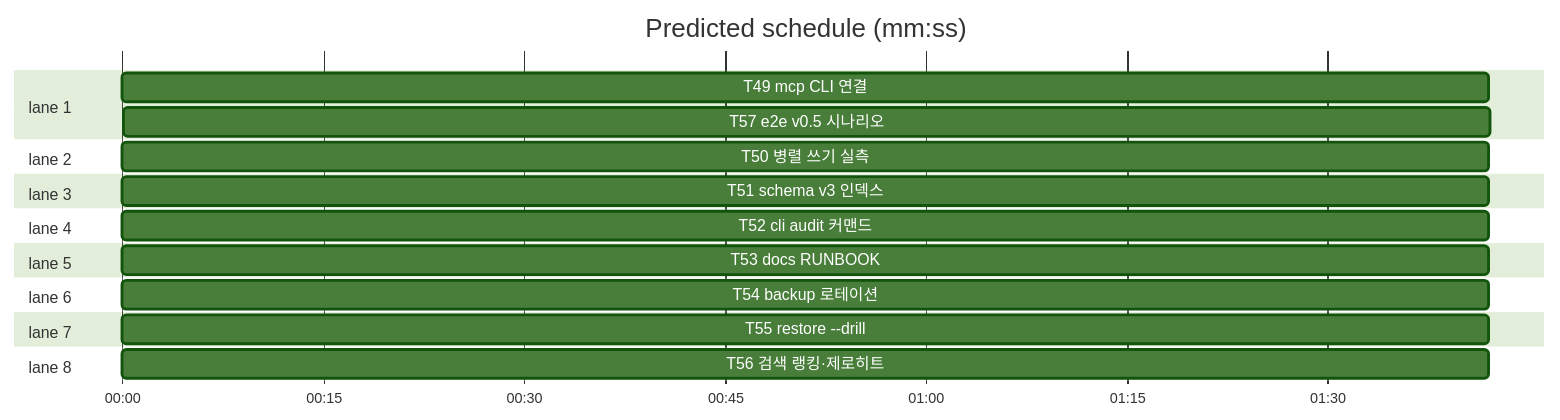
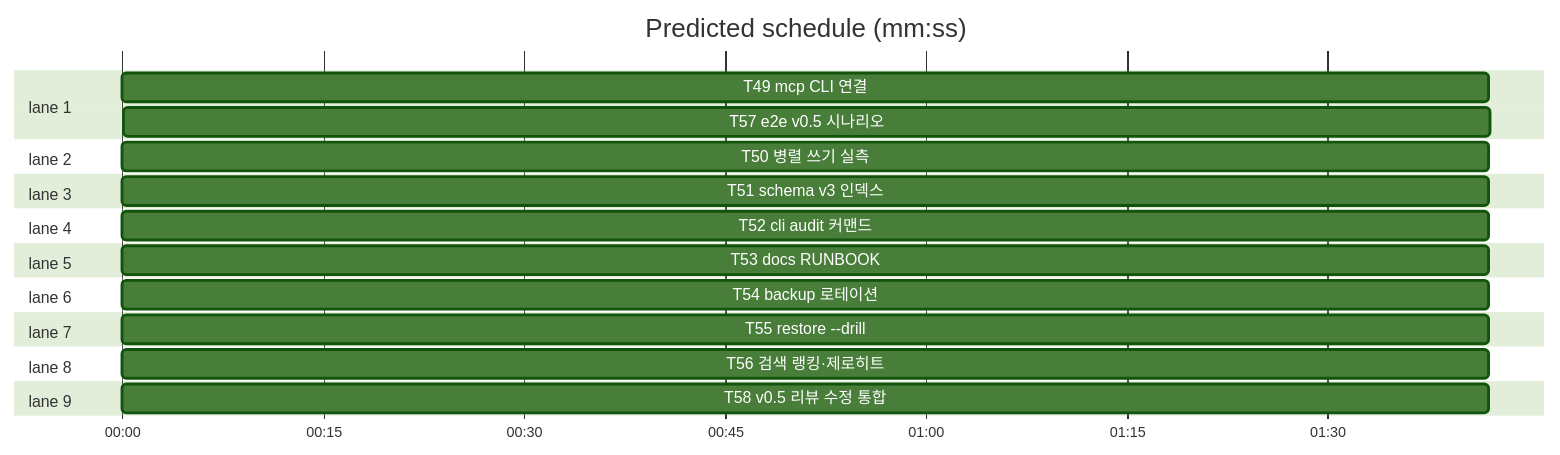
One commit to synuns/flint changed the third of 3 diagrams in docs/plans/2026-10-22-flint-v05.md. Above: the diagram before and after it, drawn with Mermaid (forest theme). The commit also changed other lines of this file, not shown here.

````diff
--- a/docs/plans/2026-10-22-flint-v05.md
+++ b/docs/plans/2026-10-22-flint-v05.md
@@ -49,24 +50,26 @@
 ```mermaid
 %% schedule
 gantt
   title Predicted schedule (mm:ss)
   dateFormat X
   axisFormat %M:%S
   section lane 1
   T49 mcp CLI 연결 :t49, 0, 102s
   T57 e2e v0.5 시나리오 :t57, 102, 102s
   section lane 2
   T50 병렬 쓰기 실측 :t50, 0, 102s
   section lane 3
   T51 schema v3 인덱스 :t51, 0, 102s
   section lane 4
   T52 cli audit 커맨드 :t52, 0, 102s
   section lane 5
   T53 docs RUNBOOK :t53, 0, 102s
   section lane 6
   T54 backup 로테이션 :t54, 0, 102s
   section lane 7
   T55 restore --drill :t55, 0, 102s
   section lane 8
   T56 검색 랭킹·제로히트 :t56, 0, 102s
+  section lane 9
+  T58 v0.5 리뷰 수정 통합 :t58, 0, 102s
 ```
````
